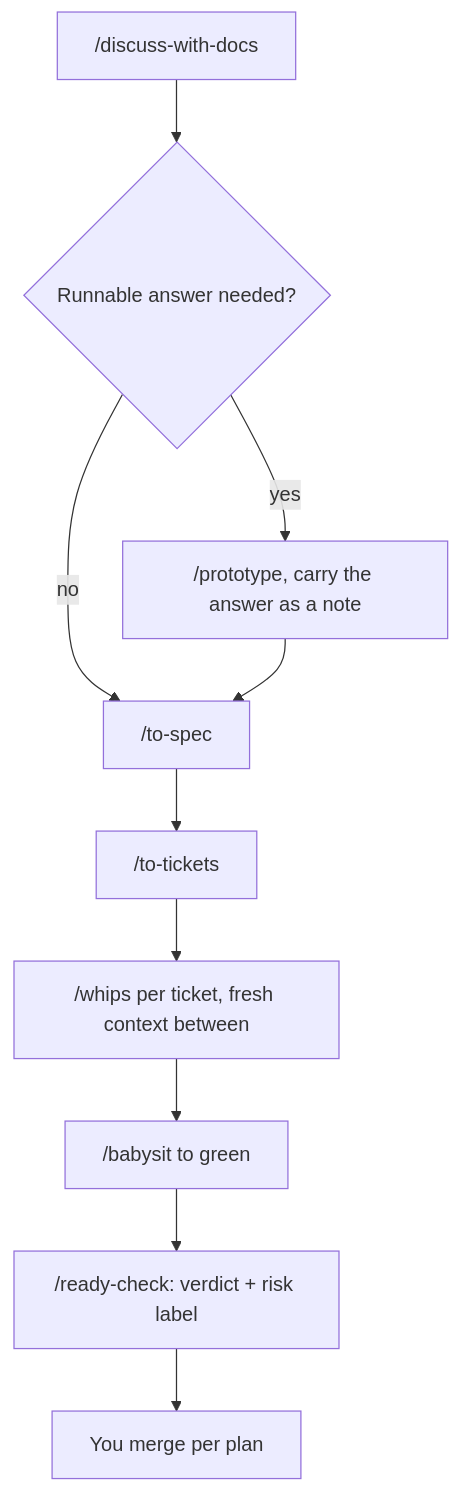
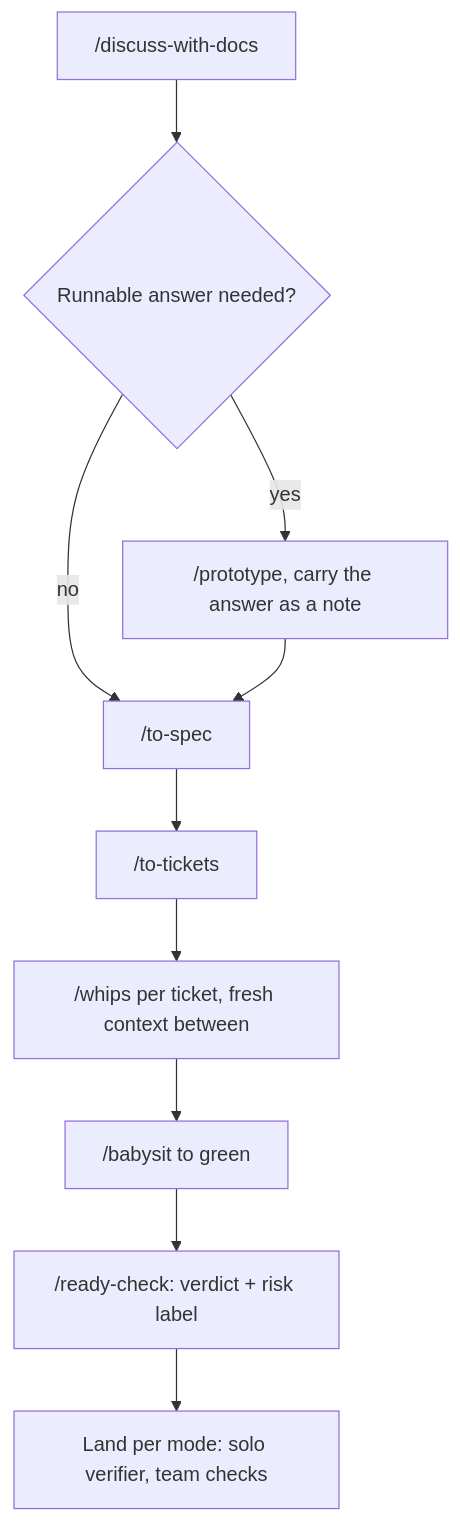
One commit to TudeOrangBiasa/skills-for-agents changed the third of 10 diagrams in skills/user-invoked/guide/COOKBOOK.md. Above: the diagram before and after it, drawn with Mermaid. The commit also changed other lines of this file and 5 other files, not shown here.

````diff
--- a/skills/user-invoked/guide/COOKBOOK.md
+++ b/skills/user-invoked/guide/COOKBOOK.md
@@ -46,9 +46,9 @@
 ```mermaid
 flowchart TD
     D["/discuss-with-docs"] --> Q{"Runnable answer needed?"}
     Q -->|yes| P["/prototype, carry the answer as a note"]
     Q -->|no| S["/to-spec"]
     P --> S
     S --> T["/to-tickets"] --> W["/whips per ticket, fresh context between"]
-    W --> B["/babysit to green"] --> R["/ready-check: verdict + risk label"] --> M["You merge per plan"]
+    W --> B["/babysit to green"] --> R["/ready-check: verdict + risk label"] --> M["Land per mode: solo verifier, team checks"]
 ```
````
